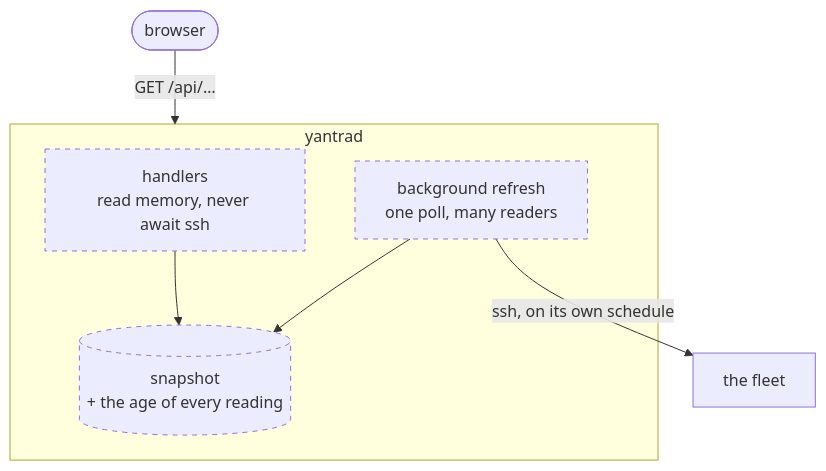
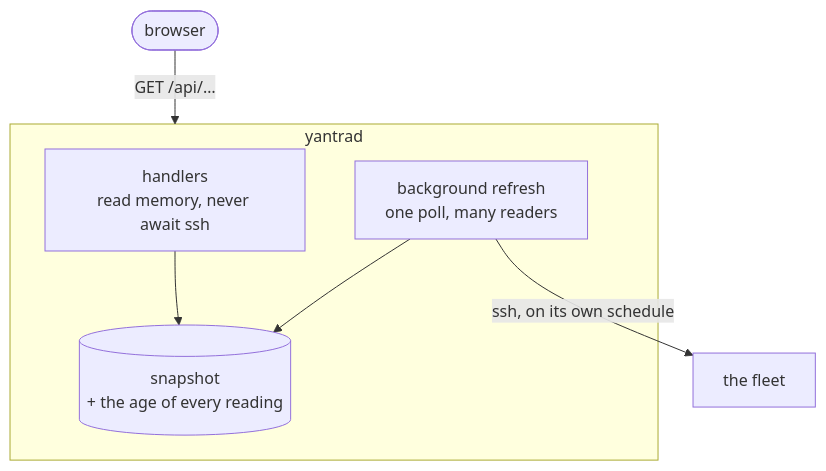
One commit to 2002Bishwajeet/yantra changed the seventh of 7 diagrams in docs/architecture.md. Above: the diagram before and after it, drawn with Mermaid. The commit also changed other lines of this file and 3 other files, not shown here.

First line of the commit message:
Y-153: sweep the architecture document, and make a milestone close own the sweep (#181)

````diff
--- a/docs/architecture.md
+++ b/docs/architecture.md
@@ -233,15 +247,12 @@
 ```mermaid
 flowchart TB
     browser(["browser"]) -->|"GET /api/…"| daemon
     subgraph daemon["yantrad"]
         handlers["handlers<br/>read memory, never await ssh"]
         snap[("snapshot<br/>+ the age of every reading")]
         refresh["background refresh<br/>one poll, many readers"]
         handlers --> snap
         refresh --> snap
     end
     refresh -->|"ssh, on its own schedule"| fleet["the fleet"]
-
-    classDef planned stroke-dasharray: 5 5
-    class handlers,snap,refresh planned
 ```
````
